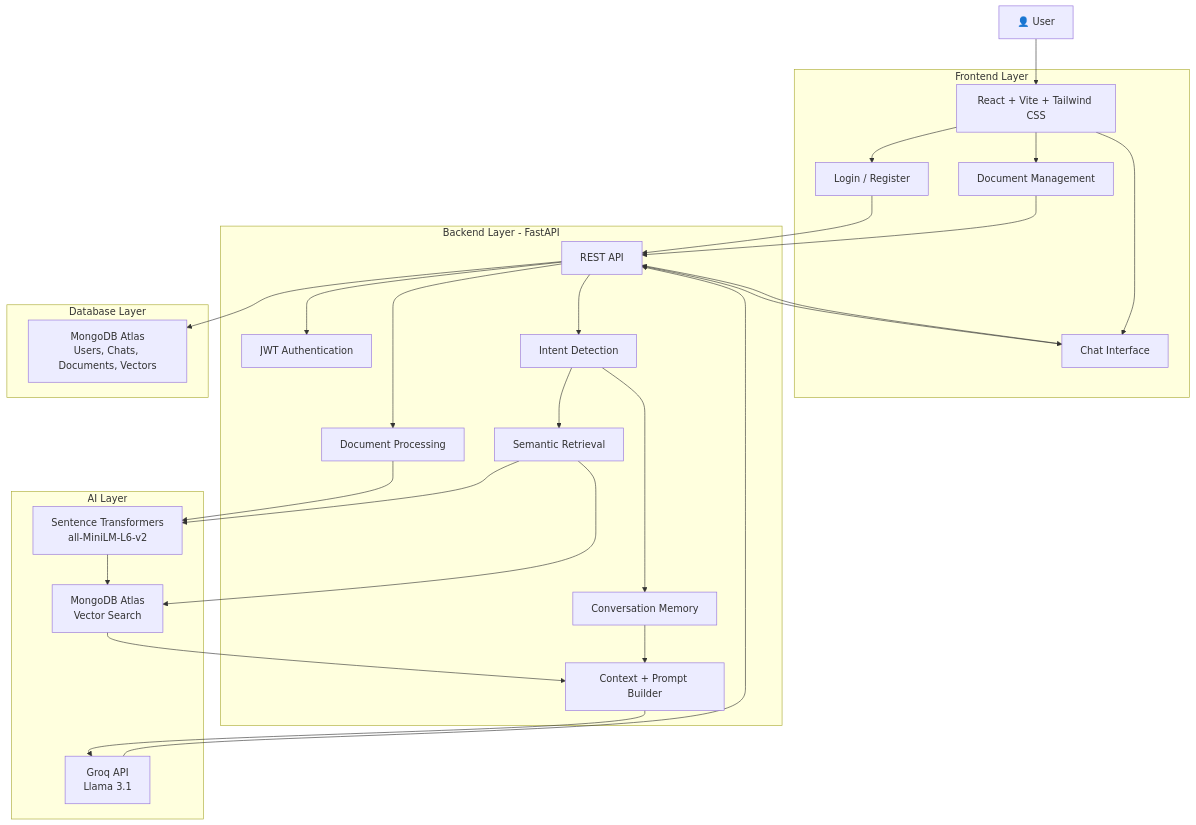
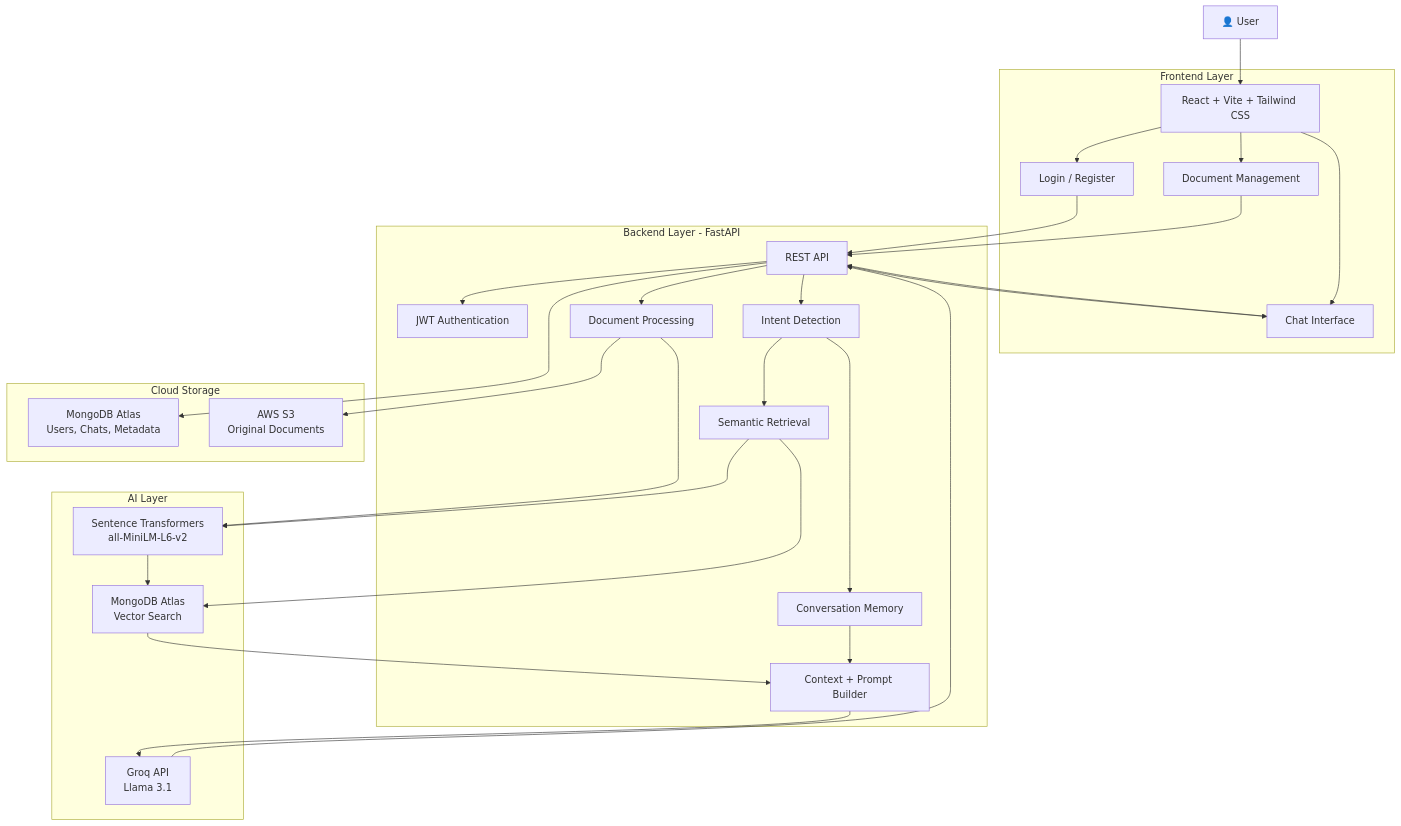
One commit to sandeep8764/RAG-AI-Assistant changed the first of 3 diagrams in README.md. Above: the diagram before and after it, drawn with Mermaid. The commit also changed other lines of this file and 1 other file, not shown here.

````diff
--- a/README.md
+++ b/README.md
@@ -28,59 +23,61 @@
 ```mermaid
 flowchart TB
     U["👤 User"]
 
     subgraph FRONTEND["Frontend Layer"]
         UI["React + Vite + Tailwind CSS"]
         AUTH_UI["Login / Register"]
         CHAT["Chat Interface"]
         FILES["Document Management"]
     end
 
     subgraph BACKEND["Backend Layer - FastAPI"]
         API["REST API"]
         JWT["JWT Authentication"]
         INTENT["Intent Detection"]
         MEMORY["Conversation Memory"]
         PROCESS["Document Processing"]
         RETRIEVAL["Semantic Retrieval"]
         PROMPT["Context + Prompt Builder"]
     end
 
     subgraph AI["AI Layer"]
         EMB["Sentence Transformers<br/>all-MiniLM-L6-v2"]
         VECTOR["MongoDB Atlas<br/>Vector Search"]
         LLM["Groq API<br/>Llama 3.1"]
     end
 
-    subgraph STORAGE["Database Layer"]
-        MONGO["MongoDB Atlas<br/>Users, Chats, Documents, Vectors"]
+    subgraph STORAGE["Cloud Storage"]
+        MONGO["MongoDB Atlas<br/>Users, Chats, Metadata"]
+        S3["AWS S3<br/>Original Documents"]
     end
 
     U --> UI
     UI --> AUTH_UI
     UI --> CHAT
     UI --> FILES
 
     AUTH_UI --> API
     CHAT --> API
     FILES --> API
 
     API --> JWT
     API --> INTENT
     API --> PROCESS
 
     PROCESS --> EMB
     EMB --> VECTOR
+    PROCESS --> S3
     API --> MONGO
 
     INTENT --> MEMORY
     INTENT --> RETRIEVAL
     RETRIEVAL --> EMB
     RETRIEVAL --> VECTOR
     VECTOR --> PROMPT
     MEMORY --> PROMPT
     PROMPT --> LLM
 
     LLM --> API
     API --> CHAT
 ```
````
